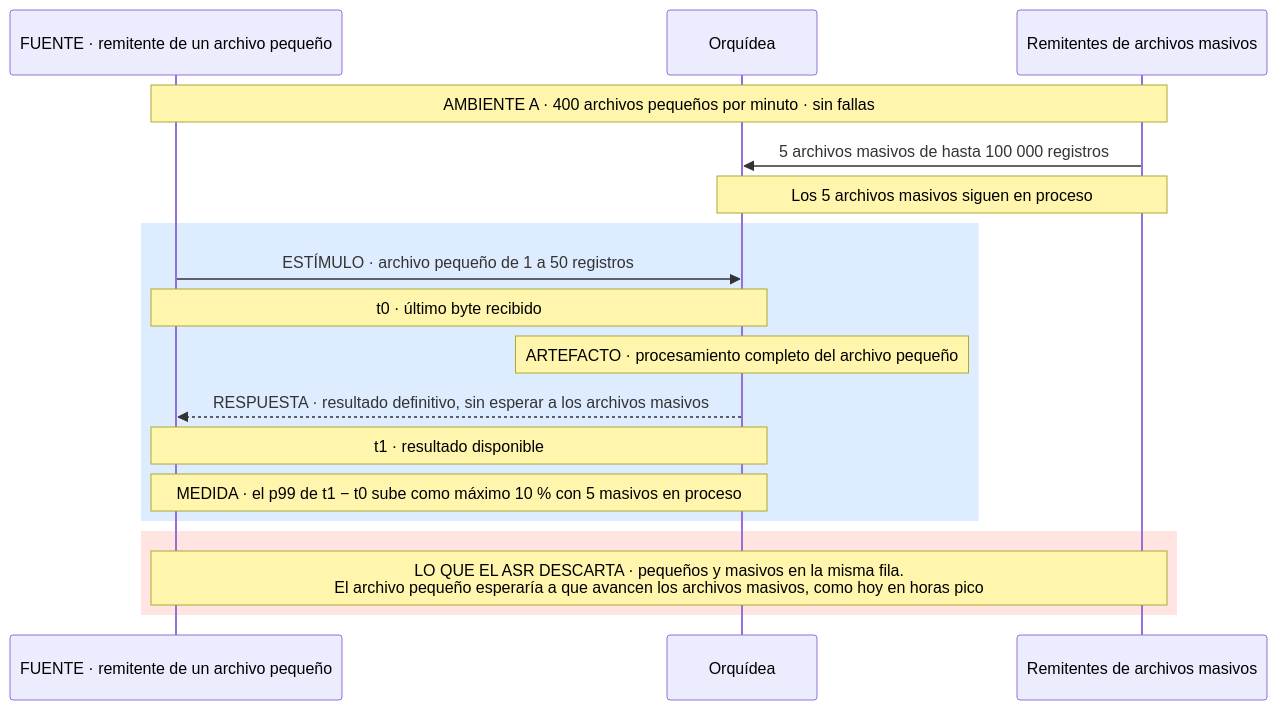
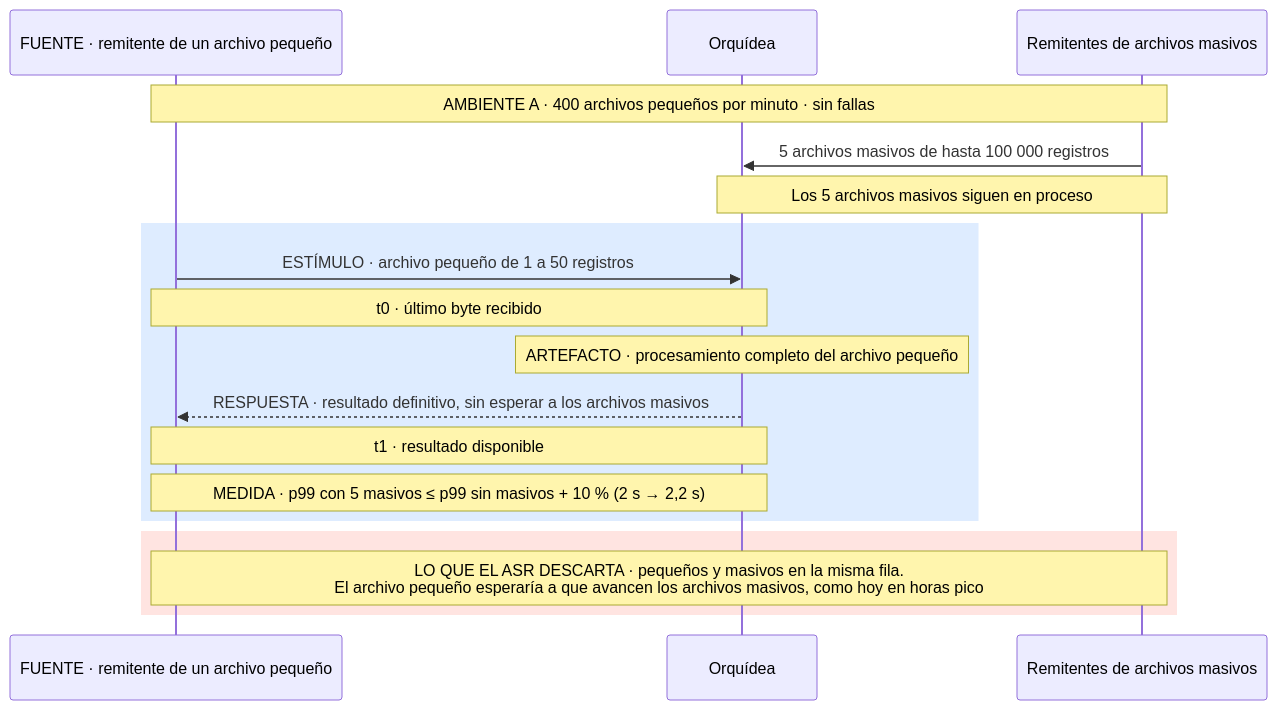
One commit to MATI-MBIT/arqsoft-reto-4 changed the second of 17 diagrams in docs/quality-attributes.md. Above: the diagram before and after it, drawn with Mermaid. The commit also changed other lines of this file and 1 other file, not shown here.

Commit message:
L04: la medida dice contra qué se compara el 10 % y da un ejemplo

````diff
--- a/docs/quality-attributes.md
+++ b/docs/quality-attributes.md
@@ -215,20 +215,20 @@
 ```mermaid
 sequenceDiagram
     participant P as FUENTE · remitente de un archivo pequeño
     participant O as Orquídea
     participant M as Remitentes de archivos masivos
     Note over P,M: AMBIENTE A · 400 archivos pequeños por minuto · sin fallas
     M->>O: 5 archivos masivos de hasta 100 000 registros
     Note over O,M: Los 5 archivos masivos siguen en proceso
     rect rgb(222, 236, 255)
     P->>O: ESTÍMULO · archivo pequeño de 1 a 50 registros
     Note over P,O: t0 · último byte recibido
     Note over O: ARTEFACTO · procesamiento completo del archivo pequeño
     O-->>P: RESPUESTA · resultado definitivo, sin esperar a los archivos masivos
     Note over P,O: t1 · resultado disponible
-    Note over P,O: MEDIDA · el p99 de t1 − t0 sube como máximo 10 % con 5 masivos en proceso
+    Note over P,O: MEDIDA · p99 con 5 masivos ≤ p99 sin masivos + 10 % (2 s → 2,2 s)
     end
     rect rgb(255, 228, 225)
     Note over P,M: LO QUE EL ASR DESCARTA · pequeños y masivos en la misma fila.<br/>El archivo pequeño esperaría a que avancen los archivos masivos, como hoy en horas pico
     end
 ```
````
